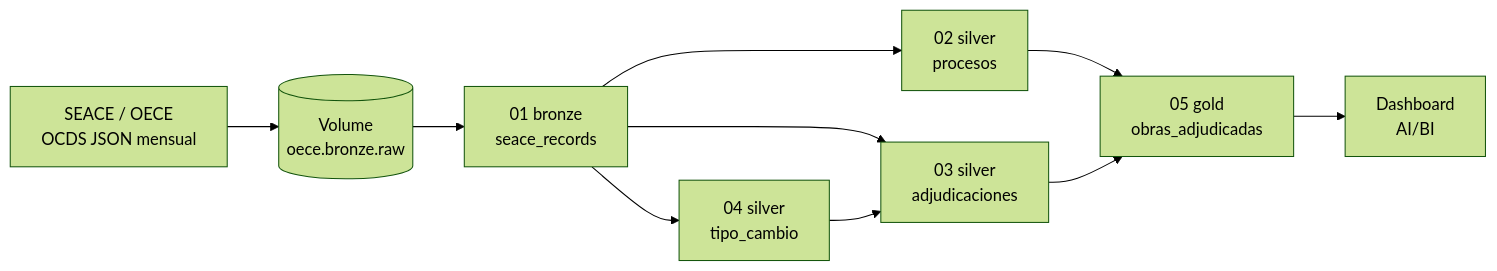
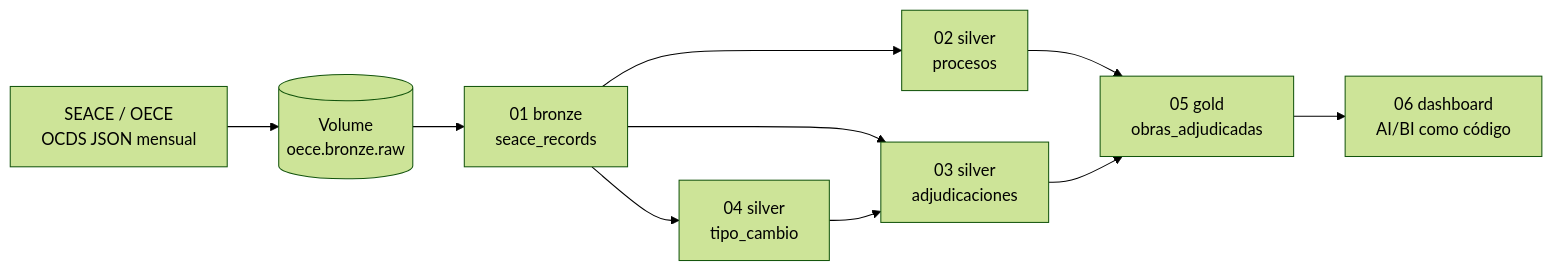
The diagram in README.md (josePhh123/seace-databricks), drawn with Mermaid (forest theme) before and after one commit. The commit also changed other lines of this file and 1 other file, not shown here.

Commit message:
Nuevo dashboard y hallazgos en el README

````diff
--- a/README.md
+++ b/README.md
@@ -15,12 +19,12 @@
 ```mermaid
 flowchart LR
     A[SEACE / OECE<br/>OCDS JSON mensual] --> B[(Volume<br/>oece.bronze.raw)]
     B --> C[01 bronze<br/>seace_records]
     C --> D[02 silver<br/>procesos]
     C --> E[03 silver<br/>adjudicaciones]
     C --> F[04 silver<br/>tipo_cambio]
     F --> E
     D --> G[05 gold<br/>obras_adjudicadas]
     E --> G
-    G --> H[Dashboard<br/>AI/BI]
+    G --> H[06 dashboard<br/>AI/BI como código]
 ```
````
